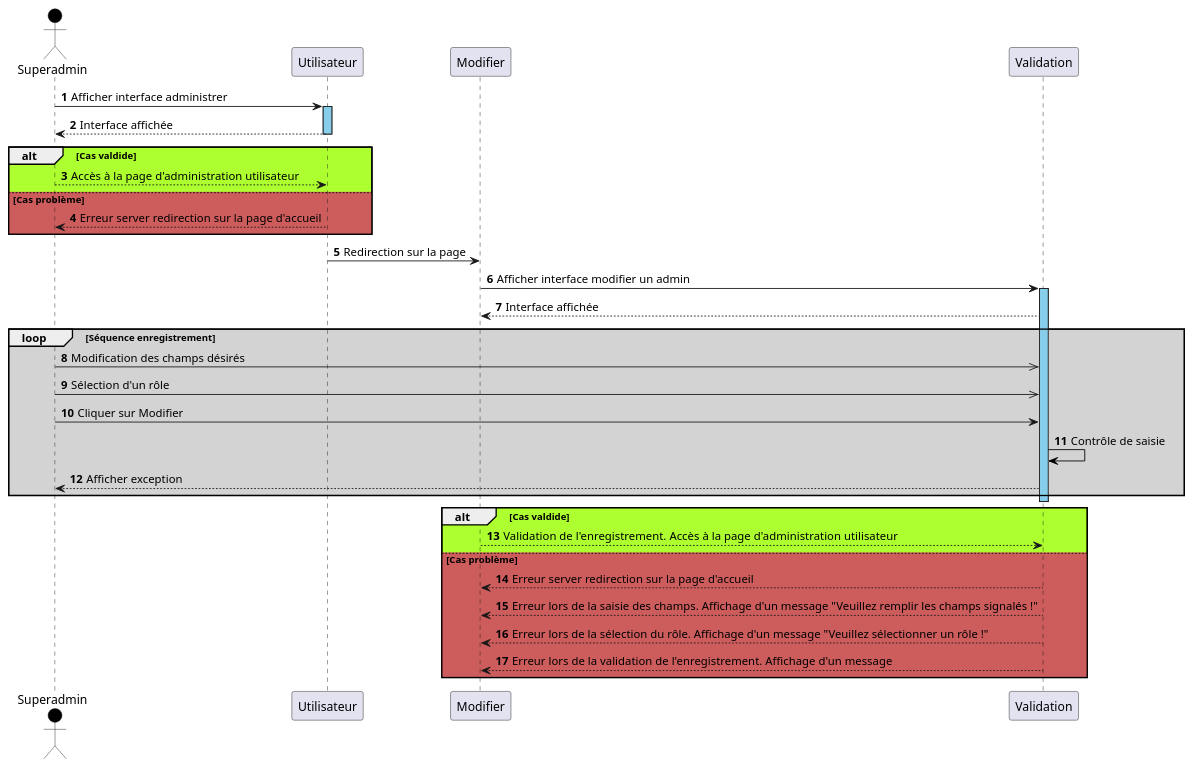
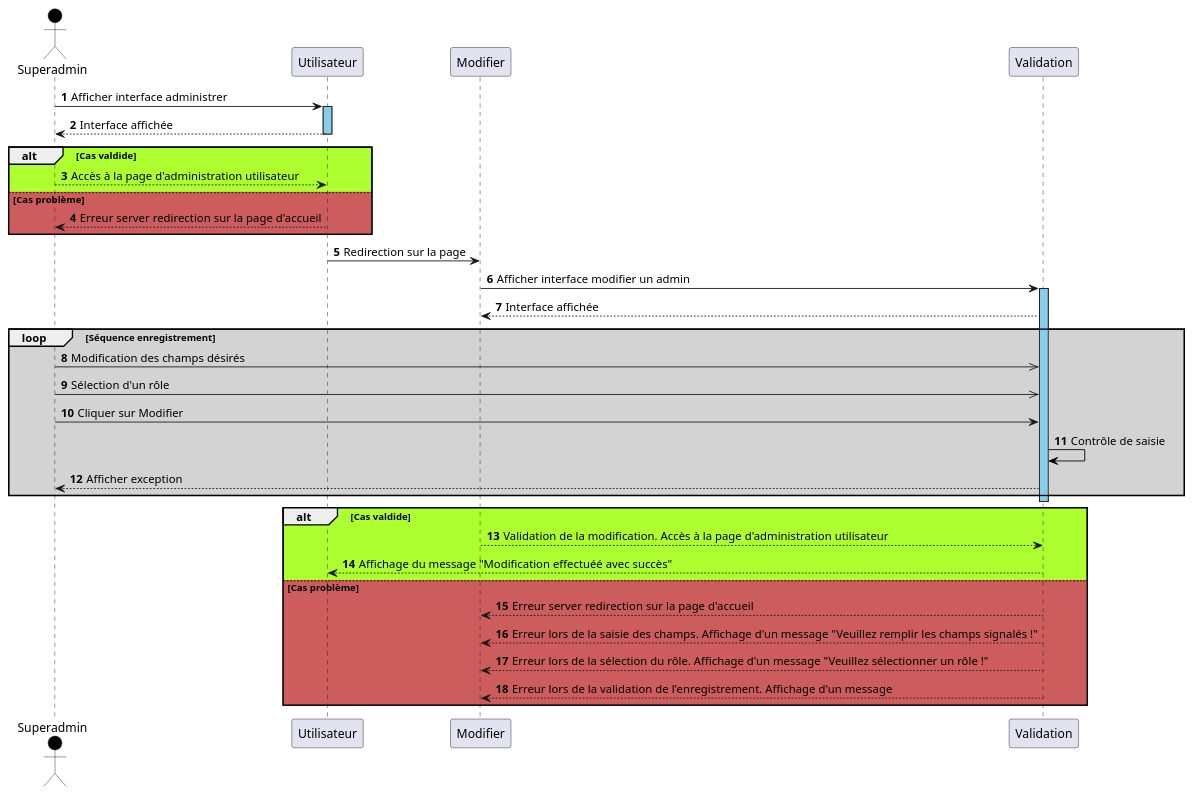
The diagram in documents/analyse_uml/diagramme_de_sequence/diagramme_sequence_administrer/diagramme_sequence_modifieradmin.wsd (nwehla/QuidideanceTest), drawn with PlantUML before and after one commit. The commit also changed 10 other files, not shown here.

```diff
--- a/documents/analyse_uml/diagramme_de_sequence/diagramme_sequence_administrer/diagramme_sequence_modifieradmin.wsd
+++ b/documents/analyse_uml/diagramme_de_sequence/diagramme_sequence_administrer/diagramme_sequence_modifieradmin.wsd
@@ -1,33 +1,34 @@
 @startuml modifieradmin
 autonumber 
 actor Superadmin #Black
 Superadmin -> Utilisateur : Afficher interface administrer
 activate Utilisateur #SkyBlue
 Utilisateur --> Superadmin : Interface affichée
 deactivate Utilisateur
 alt #GreenYellow Cas valdide 
 Utilisateur <-- Superadmin : Accès à la page d'administration utilisateur
 else #IndianRed Cas problème
 Utilisateur --> Superadmin : Erreur server redirection sur la page d'accueil
 end
 Utilisateur -> Modifier : Redirection sur la page
 Modifier -> Validation : Afficher interface modifier un admin
 activate Validation #SkyBlue
 Validation --> Modifier : Interface affichée
 loop #LightGrey Séquence enregistrement
 Superadmin ->> Validation : Modification des champs désirés
 Superadmin ->> Validation : Sélection d'un rôle
 Superadmin -> Validation : Cliquer sur Modifier
 Validation -[#Black]> Validation : Contrôle de saisie
 Validation --> Superadmin : Afficher exception
 end
 deactivate Validation
 alt #GreenYellow Cas valdide 
-Modifier --> Validation : Validation de l'enregistrement. Accès à la page d'administration utilisateur
+Modifier --> Validation : Validation de la modification. Accès à la page d'administration utilisateur
+Validation --> Utilisateur : Affichage du message "Modification effectuéé avec succès"
 else #IndianRed Cas problème
 Modifier <-- Validation : Erreur server redirection sur la page d'accueil
 Modifier <-- Validation : Erreur lors de la saisie des champs. Affichage d'un message "Veuillez remplir les champs signalés !"
 Modifier <-- Validation : Erreur lors de la sélection du rôle. Affichage d'un message "Veuillez sélectionner un rôle !" 
 Modifier <-- Validation : Erreur lors de la validation de l'enregistrement. Affichage d'un message 
 end
 @enduml
```
